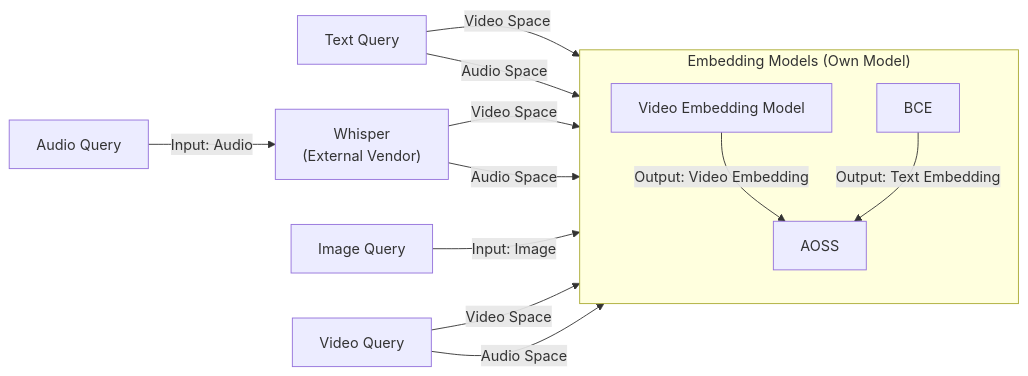
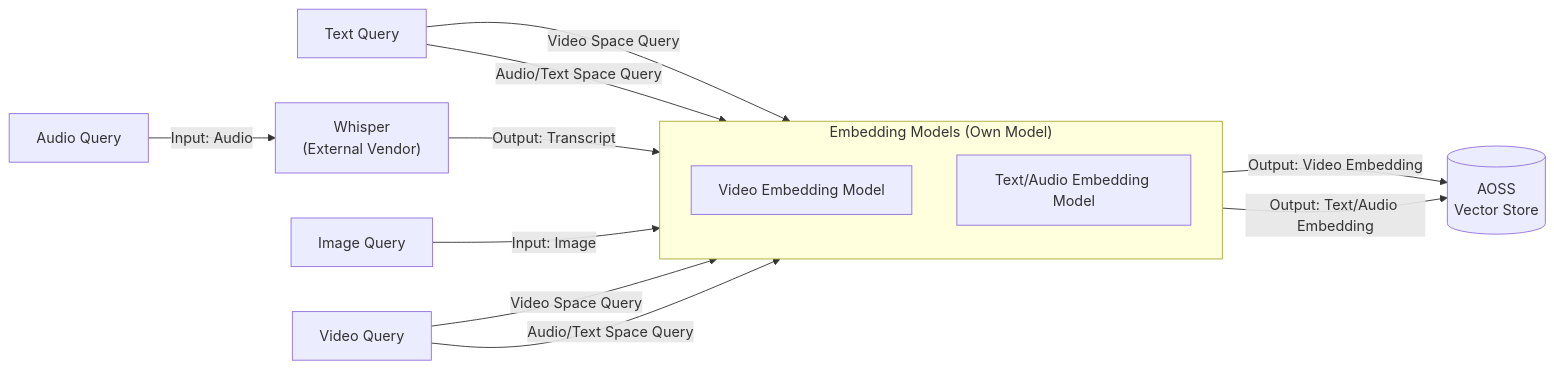
Before and after one commit to yike5460/shortvideo-online: the fifth of 14 diagrams in README.md, drawn with Mermaid. The commit also changed other lines of this file and 5 other files, not shown here.

````diff
--- a/README.md
+++ b/README.md
@@ -489,25 +489,33 @@
 ```mermaid
 flowchart LR
+    %% AOSS is now defined outside the subgraph
+    AOSS[(AOSS<br>Vector Store)]
+
     subgraph EmbeddingModels["Embedding Models (Own Model)"]
         direction TB
-        VE[Video Embedding Model] --> |Output: Video Embedding| AOSS
-        BCE[BCE] --> |Output: Text Embedding| AOSS
+        VE[Video Embedding Model]
+        BCE[Text/Audio Embedding Model]
     end
+
+    %% Outputs from Embedding Models to AOSS
+    VE --> |Output: Video Embedding| AOSS
+    BCE --> |Output: Text/Audio Embedding| AOSS
 
     Whisper["Whisper<br>(External Vendor)"]
 
     %% Text Query Paths
-    TQ[Text Query] --> |Video Space| VE
-    TQ --> |Audio Space| BCE
+    TQ[Text Query] --> |Video Space Query| VE
+    TQ --> |Audio/Text Space Query| BCE
 
     %% Audio Query Paths
-    AQ[Audio Query] --> |Input: Audio| Whisper --> |Video Space| BCE
-    Whisper --> |Audio Space| VE
+    AQ[Audio Query] --> |Input: Audio| Whisper
+    Whisper --> |Output: Transcript| BCE
 
     %% Image Query Paths
     IQ[Image Query] --> |Input: Image| VE
 
     %% Video Query Paths
-    VQ[Video Query] --> |Video Space| VE
-    VQ --> |Audio Space| BCE
+    VQ[Video Query] --> |Video Space Query| VE
+    VQ --> |Audio/Text Space Query| BCE
+
 ```
````
